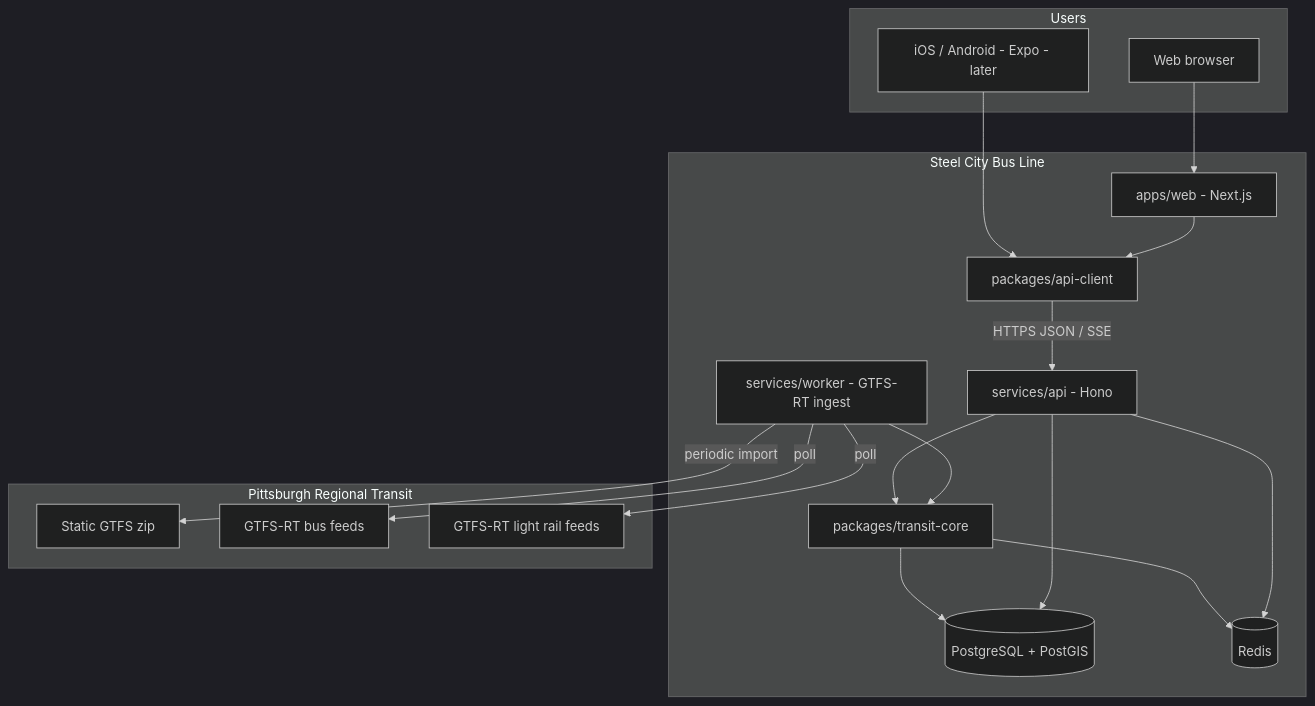
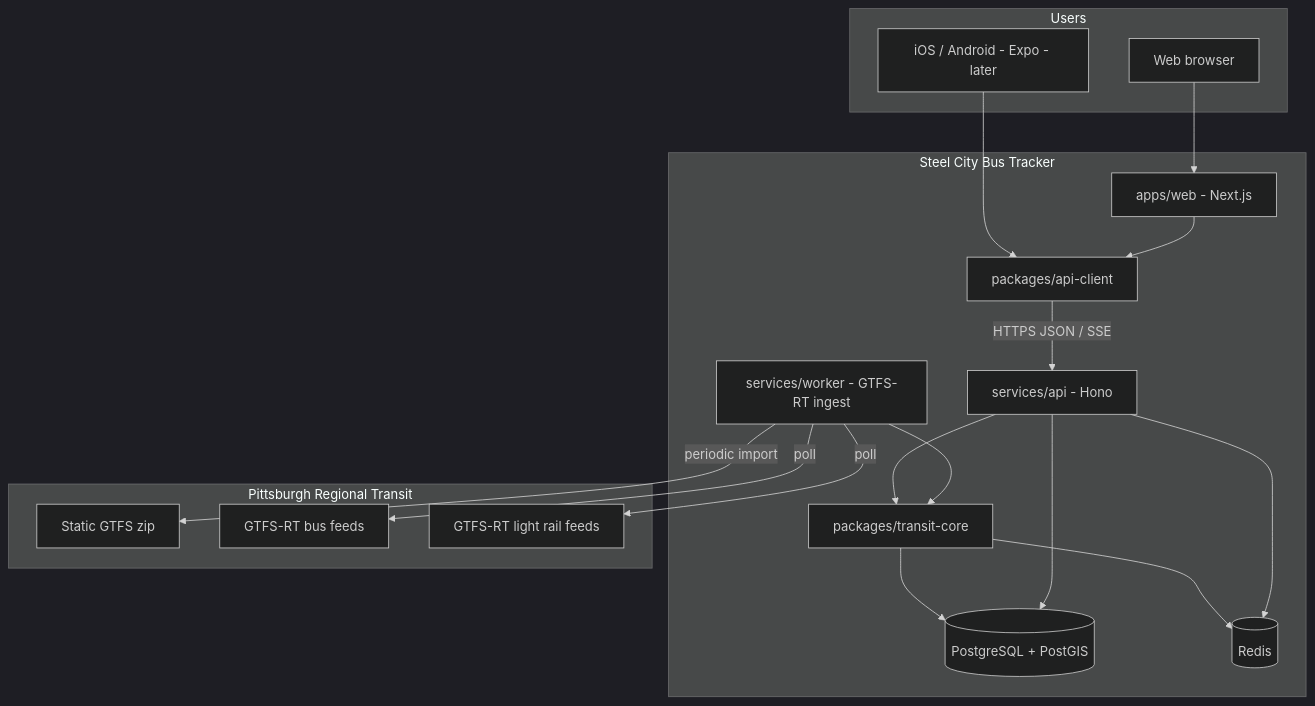
The first of 6 diagrams in ARCHITECTURE.md (michaelmoses-op/Steel-City-Bus-Line), drawn with Mermaid (dark theme) before and after one commit. The commit also changed other lines of this file and 9 other files, not shown here.

````diff
--- a/ARCHITECTURE.md
+++ b/ARCHITECTURE.md
@@ -32,37 +32,37 @@
 ```mermaid
 flowchart TB
   subgraph users [Users]
     Browser[Web browser]
     MobileApp[iOS / Android - Expo - later]
   end
 
-  subgraph our [Steel City Bus Line]
+  subgraph our [Steel City Bus Tracker]
     Web[apps/web - Next.js]
     API[services/api - Hono]
     Worker[services/worker - GTFS-RT ingest]
     Core[packages/transit-core]
     Client[packages/api-client]
     PG[(PostgreSQL + PostGIS)]
     Redis[(Redis)]
   end
 
   subgraph prt [Pittsburgh Regional Transit]
     GTFS[Static GTFS zip]
     RTBus[GTFS-RT bus feeds]
     RTTrain[GTFS-RT light rail feeds]
   end
 
   Browser --> Web
   MobileApp --> Client
   Web --> Client
   Client -->|HTTPS JSON / SSE| API
   API --> Core
   Worker --> Core
   Core --> PG
   Core --> Redis
   Worker -->|poll| RTBus
   Worker -->|poll| RTTrain
   Worker -->|periodic import| GTFS
   API --> Redis
   API --> PG
 ```
````
